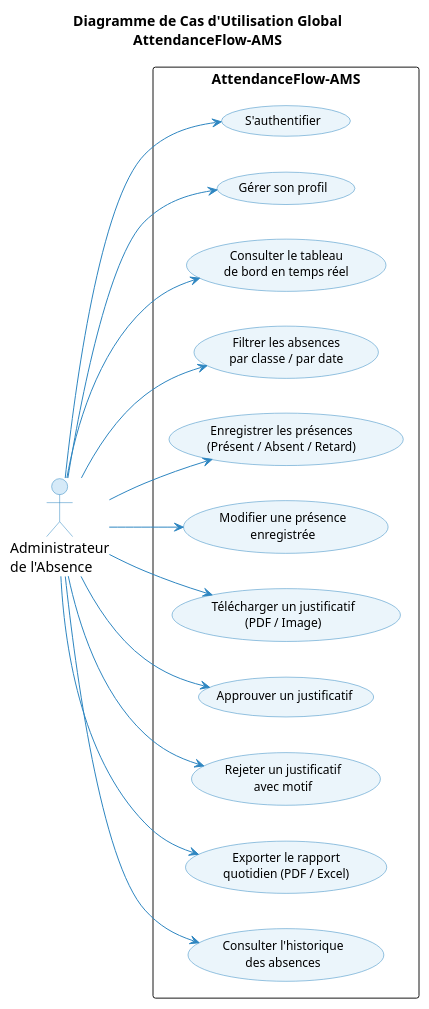
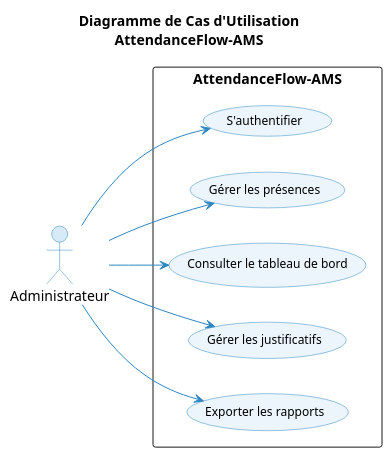
The diagram in Analyse/cas_utilisation/use_case.puml (abdelhaymallouli/AttendanceFlow-AMS), drawn with PlantUML before and after one commit. The commit also changed 13 other files, not shown here.

Commit message:
feat: Add detailed functional analysis, use case diagrams, and report build script.

```diff
--- a/Analyse/cas_utilisation/use_case.puml
+++ b/Analyse/cas_utilisation/use_case.puml
@@ -1,46 +1,34 @@
 @startuml use_case_global
-title Diagramme de Cas d'Utilisation Global\nAttendanceFlow-AMS
+title Diagramme de Cas d'Utilisation\nAttendanceFlow-AMS
 
 left to right direction
 
 skinparam usecase {
   BackgroundColor #EBF5FB
   BorderColor #2E86C1
   ArrowColor #2E86C1
   FontSize 12
 }
 skinparam actor {
   BorderColor #2E86C1
   BackgroundColor #D6EAF8
 }
 skinparam packageStyle rectangle
 
-actor "Administrateur\nde l'Absence" as admin
+actor "Administrateur" as admin
 
 rectangle "AttendanceFlow-AMS" {
   usecase "S'authentifier" as UC01
-  usecase "Gérer son profil" as UC02
-  usecase "Consulter le tableau\nde bord en temps réel" as UC03
-  usecase "Filtrer les absences\npar classe / par date" as UC04
-  usecase "Enregistrer les présences\n(Présent / Absent / Retard)" as UC05
-  usecase "Modifier une présence\nenregistrée" as UC06
-  usecase "Télécharger un justificatif\n(PDF / Image)" as UC07
-  usecase "Approuver un justificatif" as UC08
-  usecase "Rejeter un justificatif\navec motif" as UC09
-  usecase "Exporter le rapport\nquotidien (PDF / Excel)" as UC10
-  usecase "Consulter l'historique\ndes absences" as UC11
+  usecase "Gérer les présences" as UC02
+  usecase "Consulter le tableau de bord" as UC03
+  usecase "Gérer les justificatifs" as UC04
+  usecase "Exporter les rapports" as UC05
 }
 
 admin --> UC01
 admin --> UC02
 admin --> UC03
 admin --> UC04
 admin --> UC05
-admin --> UC06
-admin --> UC07
-admin --> UC08
-admin --> UC09
-admin --> UC10
-admin --> UC11
 
 @enduml
```
